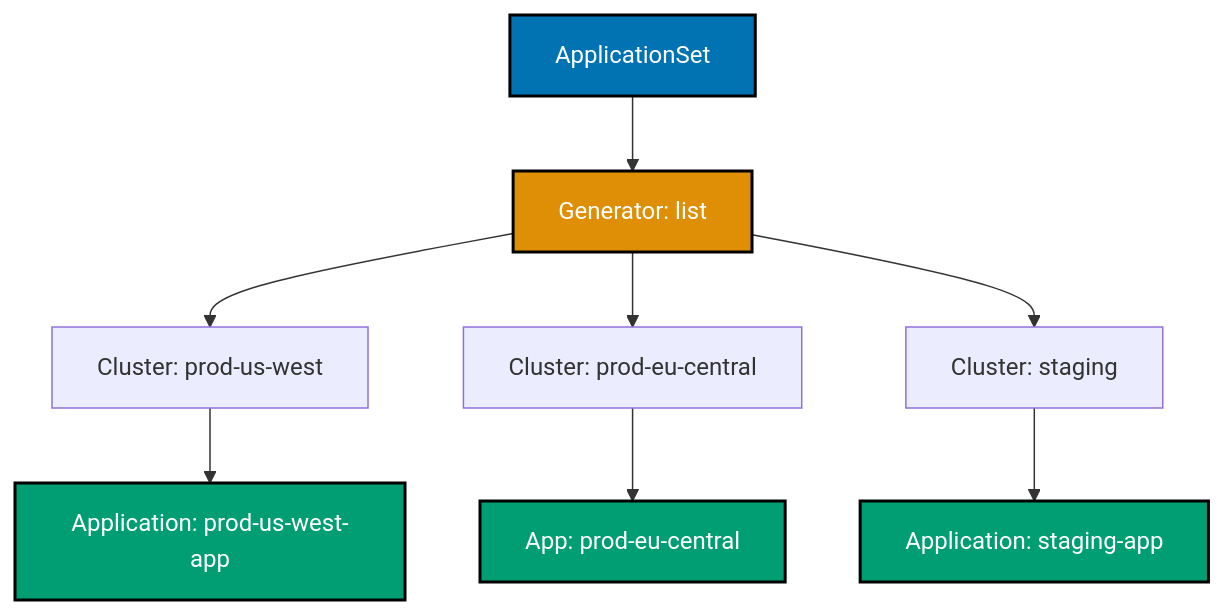
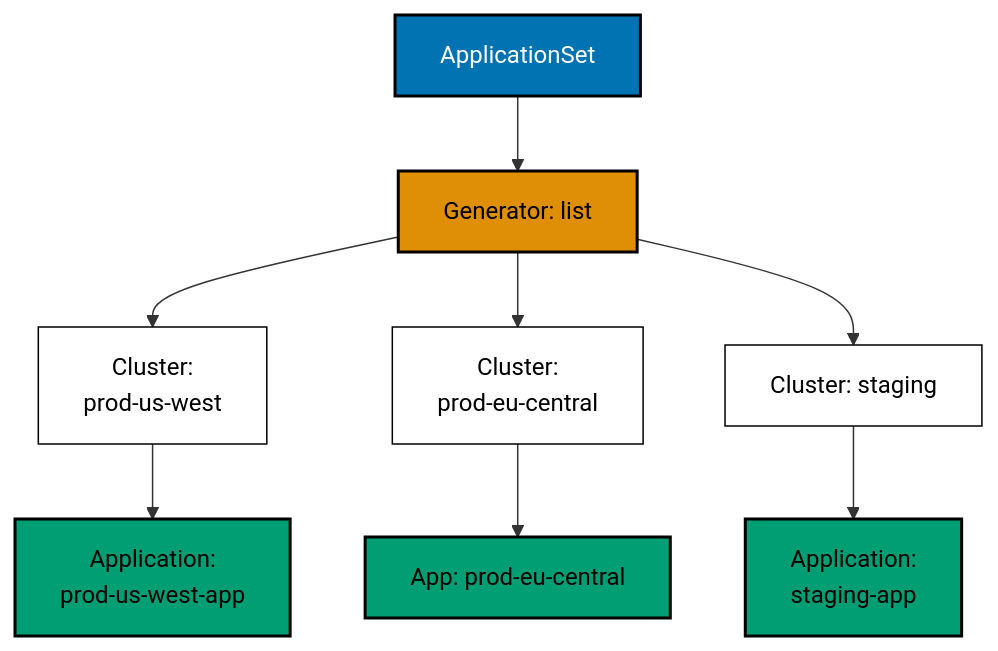
Before and after one commit to wahidyankf/ose-public: diagram 13 of 14 in apps/ayokoding-www/content/en/learn/legacy/software-engineering/infrastructure/tools/kubernetes/by-example/advanced.md, drawn with Mermaid. The commit also changed other lines of this file and 131 other files, not shown here.

First line of the commit message:
fix(mermaid): bring the legacy data, infrastructure, and testing diagrams onto the accessible palette

````diff
--- a/apps/ayokoding-www/content/en/learn/legacy/software-engineering/infrastructure/tools/kubernetes/by-example/advanced.md
+++ b/apps/ayokoding-www/content/en/learn/legacy/software-engineering/infrastructure/tools/kubernetes/by-example/advanced.md
@@ -3348,18 +3431,24 @@
 ```mermaid
 %% Color Palette: Blue #0173B2, Orange #DE8F05, Teal #029E73, Purple #CC78BC, Brown #CA9161
 %% ApplicationSet multi-cluster deployment
 graph TD
+ accTitle: Example 83: ArgoCD ApplicationSets
+ accDescr: Graph with 8 nodes and 7 connections. Nodes: ApplicationSet, Generator: list, Cluster: prod-us-west, Cluster: prod-eu-central, Cluster: staging, Application: prod-us-west-app, App: prod-eu-central, Application: staging-app. Connections: ApplicationSet to Generator: list, Generator: list to Cluster: prod-us-west, Generator: list to Cluster: prod-eu-central, Generator: list to Cluster: staging, Cluster: prod-us-west to Application: prod-us-west-app, Cluster: prod-eu-central to App: prod-eu-central, Cluster: staging to Application: staging-app.
  A[ApplicationSet] --> B[Generator: list]
- B --> C[Cluster: prod-us-west]
- B --> D[Cluster: prod-eu-central]
+ B --> C[Cluster:<br/>prod-us-west]
+ B --> D[Cluster:<br/>prod-eu-central]
  B --> E[Cluster: staging]
- C --> F[Application: prod-us-west-app]
+ C --> F[Application:<br/>prod-us-west-app]
  D --> G[App: prod-eu-central]
- E --> H[Application: staging-app]
+ E --> H[Application:<br/>staging-app]
 
- style A fill:#0173B2,stroke:#000000,stroke-width:2px,color:#fff
- style B fill:#DE8F05,stroke:#000000,stroke-width:2px,color:#fff
- style F fill:#029E73,stroke:#000000,stroke-width:2px,color:#fff
- style G fill:#029E73,stroke:#000000,stroke-width:2px,color:#fff
- style H fill:#029E73,stroke:#000000,stroke-width:2px,color:#fff
+ classDef pal-0173B2 fill:#0173B2,stroke:#000000,color:#FFFFFF,stroke-width:2px
+ class A pal-0173B2
+ classDef pal-DE8F05 fill:#DE8F05,stroke:#000000,color:#000000,stroke-width:2px
+ class B pal-DE8F05
+ classDef pal-029E73 fill:#029E73,stroke:#000000,color:#000000,stroke-width:2px
+ class F pal-029E73
+ class G pal-029E73
+ class H pal-029E73
+ classDef default fill:#FFFFFF,stroke:#000000,color:#000000
 ```
````
